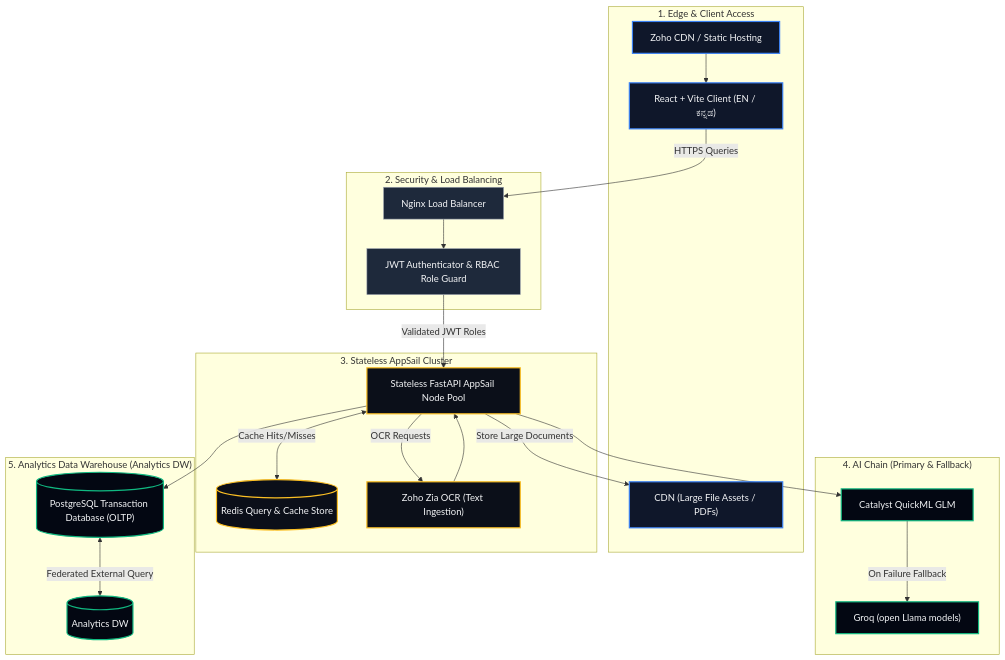
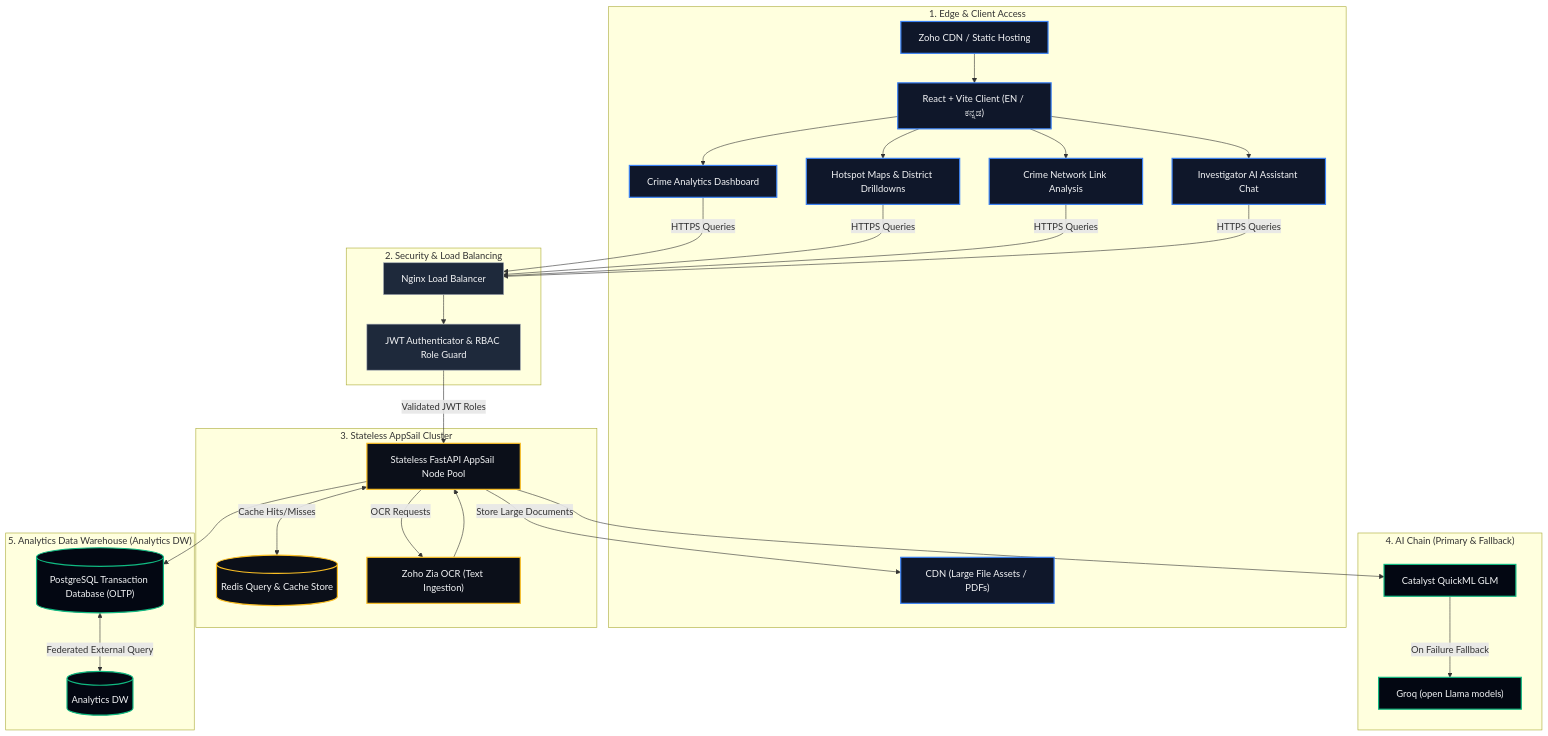
Before and after one commit to chiraghs/Vyuha-Network: the first of 2 diagrams in README.md, drawn with Mermaid.

Commit message:
docs: simplify system architecture to a high-level model

````diff
--- a/README.md
+++ b/README.md
@@ -106,62 +106,79 @@
 ```mermaid
 flowchart TD
     %% Custom Styling
     classDef client fill:#0F172A,stroke:#3B82F6,stroke-width:2px,color:#F3F4F6;
     classDef infra fill:#1E293B,stroke:#9CA3AF,stroke-width:1px,color:#F3F4F6;
     classDef logic fill:#0B0F19,stroke:#FBBF24,stroke-width:2px,color:#F3F4F6;
     classDef data fill:#030712,stroke:#10B981,stroke-width:2px,color:#F3F4F6;
 
     subgraph ClientLayer["1. Edge & Client Access"]
         CDN_STATIC["Zoho CDN / Static Hosting"]
         SPA["React + Vite Client (EN / ಕನ್ನಡ)"]
         CDN_ASSETS["CDN (Large File Assets / PDFs)"]
+        
+        %% Client Application Sub-Modules
+        DASH["Crime Analytics Dashboard"]
+        MAP_UI["Hotspot Maps & District Drilldowns"]
+        LINK_UI["Crime Network Link Analysis"]
+        CHAT_UI["Investigator AI Assistant Chat"]
     end
 
     subgraph IngressLayer["2. Security & Load Balancing"]
         LB["Nginx Load Balancer"]
         AUTH["JWT Authenticator & RBAC Role Guard"]
     end
 
     subgraph LogicLayer["3. Stateless AppSail Cluster"]
         API_POOL["Stateless FastAPI AppSail Node Pool"]
         REDIS[("Redis Query & Cache Store")]
         ZIA["Zoho Zia OCR (Text Ingestion)"]
     end
 
     subgraph AI["4. AI Chain (Primary & Fallback)"]
         GLM["Catalyst QuickML GLM"]
         GROQ["Groq (open Llama models)"]
     end
 
     subgraph DatabaseLayer["5. Analytics Data Warehouse (Analytics DW)"]
         PG[("PostgreSQL Transaction Database (OLTP)")]
         BQ[("Analytics DW")]
     end
 
-    %% Routing Flow
+    %% Client Routing Flow
     CDN_STATIC --> SPA
-    SPA -->|HTTPS Queries| LB
+    SPA --> DASH
+    SPA --> MAP_UI
+    SPA --> LINK_UI
+    SPA --> CHAT_UI
+    
+    %% Ingress to Load Balancer
+    DASH -->|HTTPS Queries| LB
+    MAP_UI -->|HTTPS Queries| LB
+    LINK_UI -->|HTTPS Queries| LB
+    CHAT_UI -->|HTTPS Queries| LB
+    
+    %% Security Triage
     LB --> AUTH
     AUTH -->|Validated JWT Roles| API_POOL
     
     %% Cache & Storage
     API_POOL <-->|Cache Hits/Misses| REDIS
     API_POOL -->|Store Large Documents| CDN_ASSETS
     
     %% Ingestion / OCR
     API_POOL -->|OCR Requests| ZIA
     ZIA --> API_POOL
 
     %% AI Integrations
     API_POOL --> GLM
     GLM -->|On Failure Fallback| GROQ
 
     %% Data Syncing
     API_POOL --> PG
     PG <-->|Federated External Query| BQ
 
-    class SPA,CDN_STATIC,CDN_ASSETS client;
+    class SPA,CDN_STATIC,CDN_ASSETS,DASH,MAP_UI,LINK_UI,CHAT_UI client;
     class LB,AUTH infra;
     class API_POOL,REDIS,ZIA logic;
     class PG,BQ,GLM,GROQ data;
 ```
````
